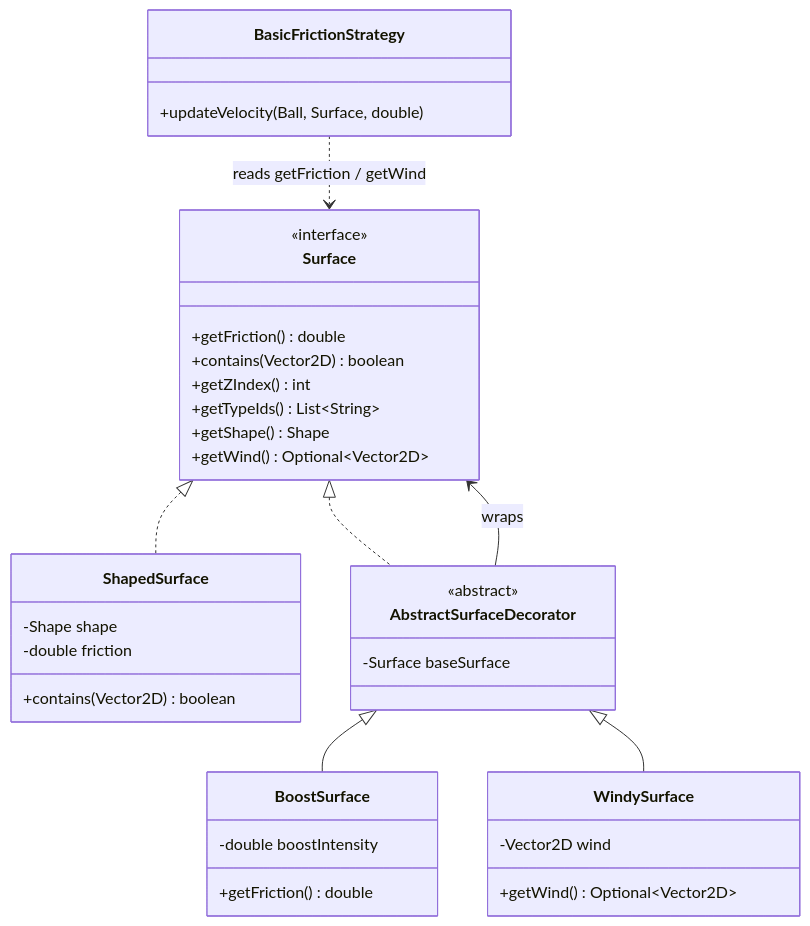
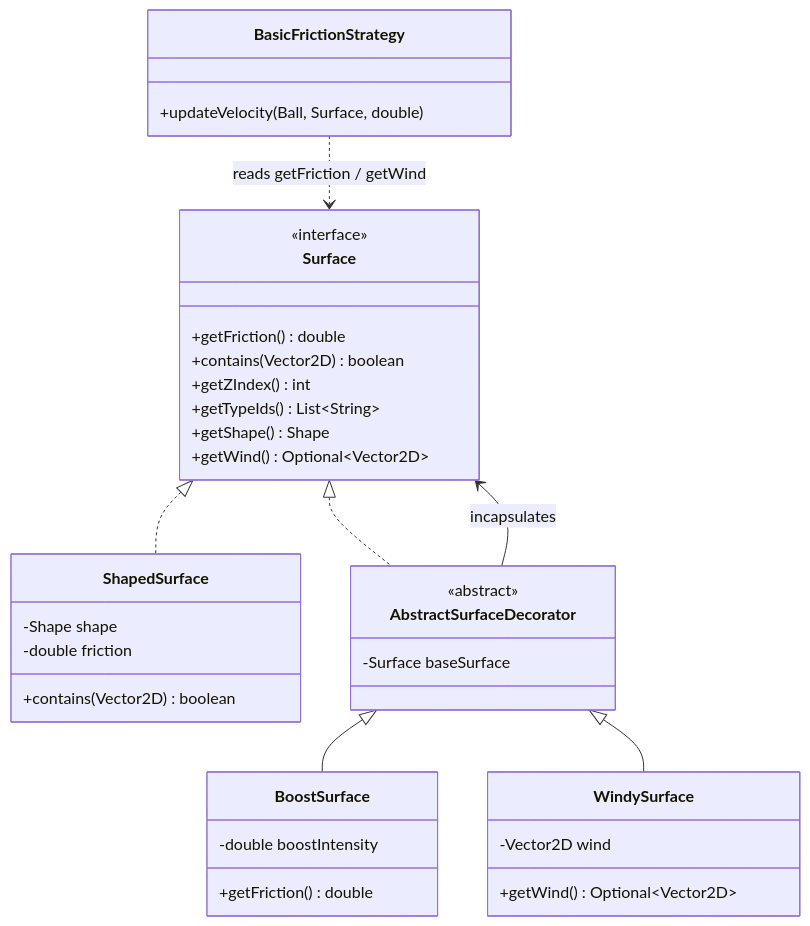
Before and after one commit to jjacomo/OOP25-mini-gOOlf: the fifth of 11 diagrams in notes/report/report.md, drawn with Mermaid. The commit also changed other lines of this file and 2 other files, not shown here.

````diff
--- a/notes/report/report.md
+++ b/notes/report/report.md
@@ -284,39 +284,39 @@
 ```mermaid
 classDiagram
     class Surface {
         <<interface>>
         +getFriction() double
         +contains(Vector2D) boolean
         +getZIndex() int
         +getTypeIds() List~String~
         +getShape() Shape
         +getWind() Optional~Vector2D~
     }
     class ShapedSurface {
         -Shape shape
         -double friction
         +contains(Vector2D) boolean
     }
     class AbstractSurfaceDecorator {
         <<abstract>>
         -Surface baseSurface
     }
     class BoostSurface {
         -double boostIntensity
         +getFriction() double
     }
     class WindySurface {
         -Vector2D wind
         +getWind() Optional~Vector2D~
     }
     class BasicFrictionStrategy {
         +updateVelocity(Ball, Surface, double)
     }
 
     Surface <|.. ShapedSurface
     Surface <|.. AbstractSurfaceDecorator
-    AbstractSurfaceDecorator --> Surface : wraps
+    AbstractSurfaceDecorator --> Surface : incapsulates
     AbstractSurfaceDecorator <|-- BoostSurface
     AbstractSurfaceDecorator <|-- WindySurface
     BasicFrictionStrategy ..> Surface : reads getFriction / getWind
 ```
````
